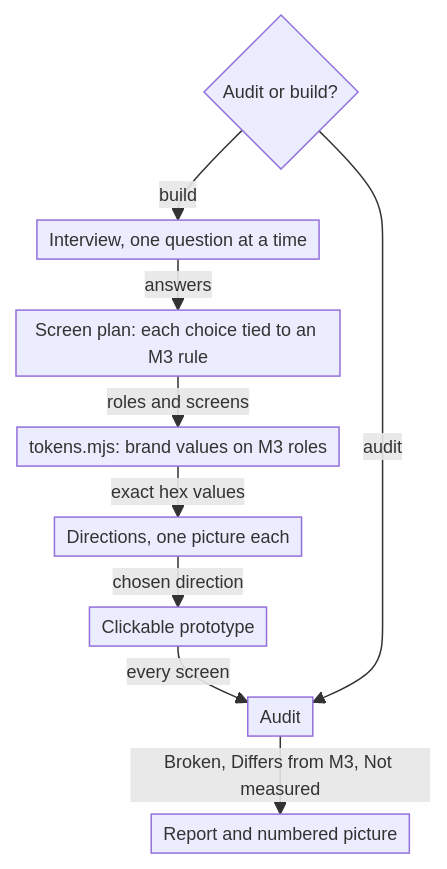
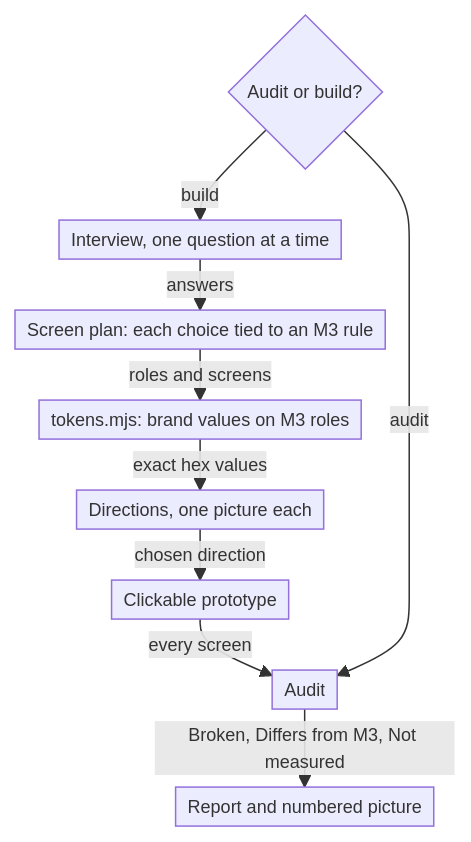
The diagram in README.md (eskokoivula/material-3-skill), drawn with Mermaid before and after one commit.

Commit message:
README: the diagram's layout set to dagre; GitHub's Mermaid 12 lays out with ELK by default and ignored the spacing

````diff
--- a/README.md
+++ b/README.md
@@ -41,12 +41,12 @@
 ```mermaid
-%%{init: {'themeVariables': {'fontSize': '12px'}, 'flowchart': {'nodeSpacing': 12, 'rankSpacing': 16, 'padding': 4}}}%%
+%%{init: {'layout': 'dagre', 'look': 'classic', 'themeVariables': {'fontSize': '12px'}, 'flowchart': {'nodeSpacing': 12, 'rankSpacing': 16, 'padding': 4, 'wrappingWidth': 260}}}%%
 flowchart TD
     Q{Audit or build?} -- build --> I[Interview, one question at a time]
     I -- answers --> P[Screen plan: each choice tied to an M3 rule]
     P -- roles and screens --> T[tokens.mjs: brand values on M3 roles]
     T -- exact hex values --> D[Directions, one picture each]
     D -- chosen direction --> X[Clickable prototype]
     X -- every screen --> A[Audit]
     Q -- audit --> A
     A -- Broken, Differs from M3, Not measured --> R[Report and numbered picture]
 ```
````
